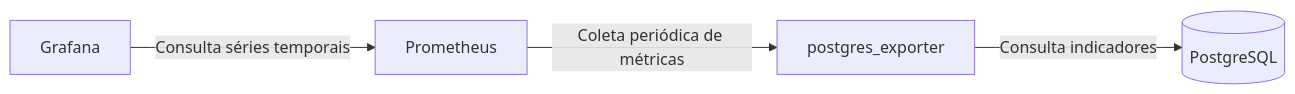
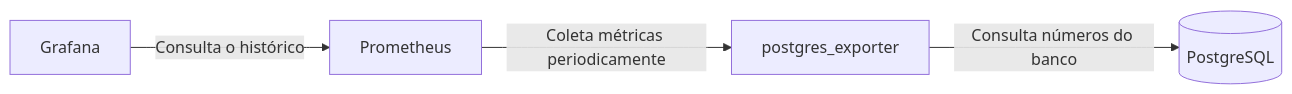
The third of 3 diagrams in docs/arquitetura.md (danilo-humberto/observability), drawn with Mermaid before and after one commit. The commit also changed other lines of this file and 12 other files, not shown here.

Commit message:
feat: add reproducible PostgreSQL database setup

````diff
--- a/docs/arquitetura.md
+++ b/docs/arquitetura.md
@@ -63,6 +65,6 @@
 ```mermaid
 flowchart LR
-    Exporter[postgres_exporter] -->|Consulta indicadores| Banco[(PostgreSQL)]
-    Prometheus[Prometheus] -->|Coleta periódica de métricas| Exporter
-    Grafana[Grafana] -->|Consulta séries temporais| Prometheus
+    Exporter[postgres_exporter] -->|Consulta números do banco| Banco[(PostgreSQL)]
+    Prometheus[Prometheus] -->|Coleta métricas periodicamente| Exporter
+    Grafana[Grafana] -->|Consulta o histórico| Prometheus
 ```
````
